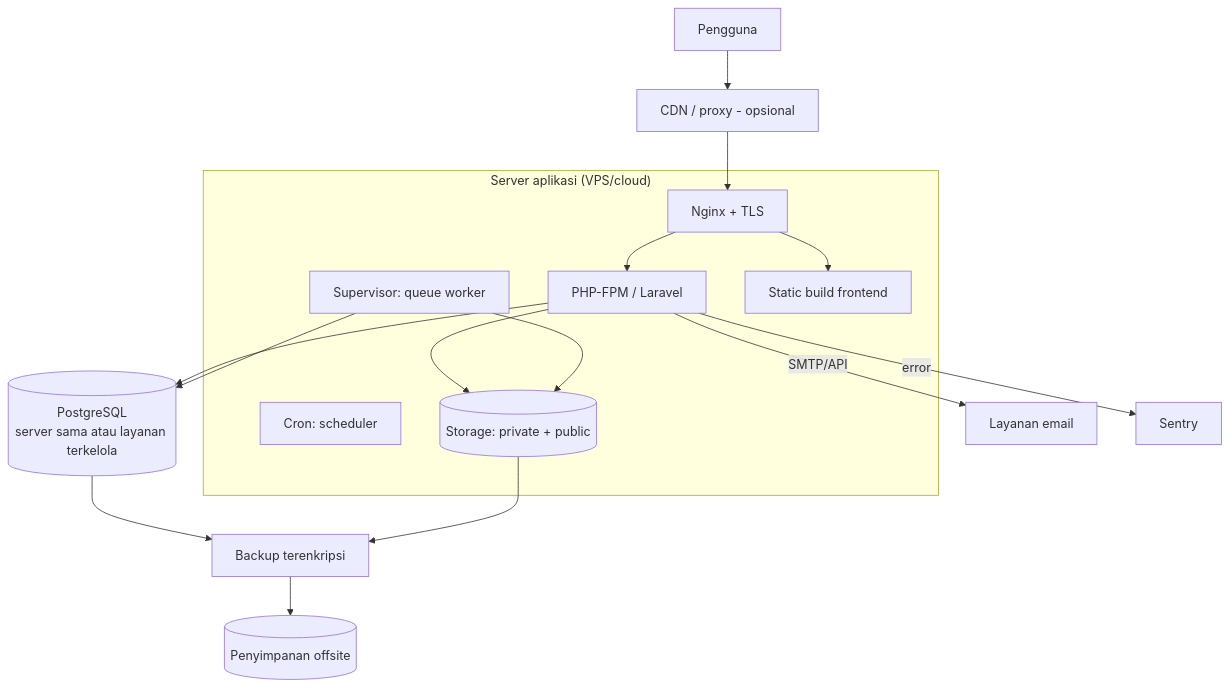
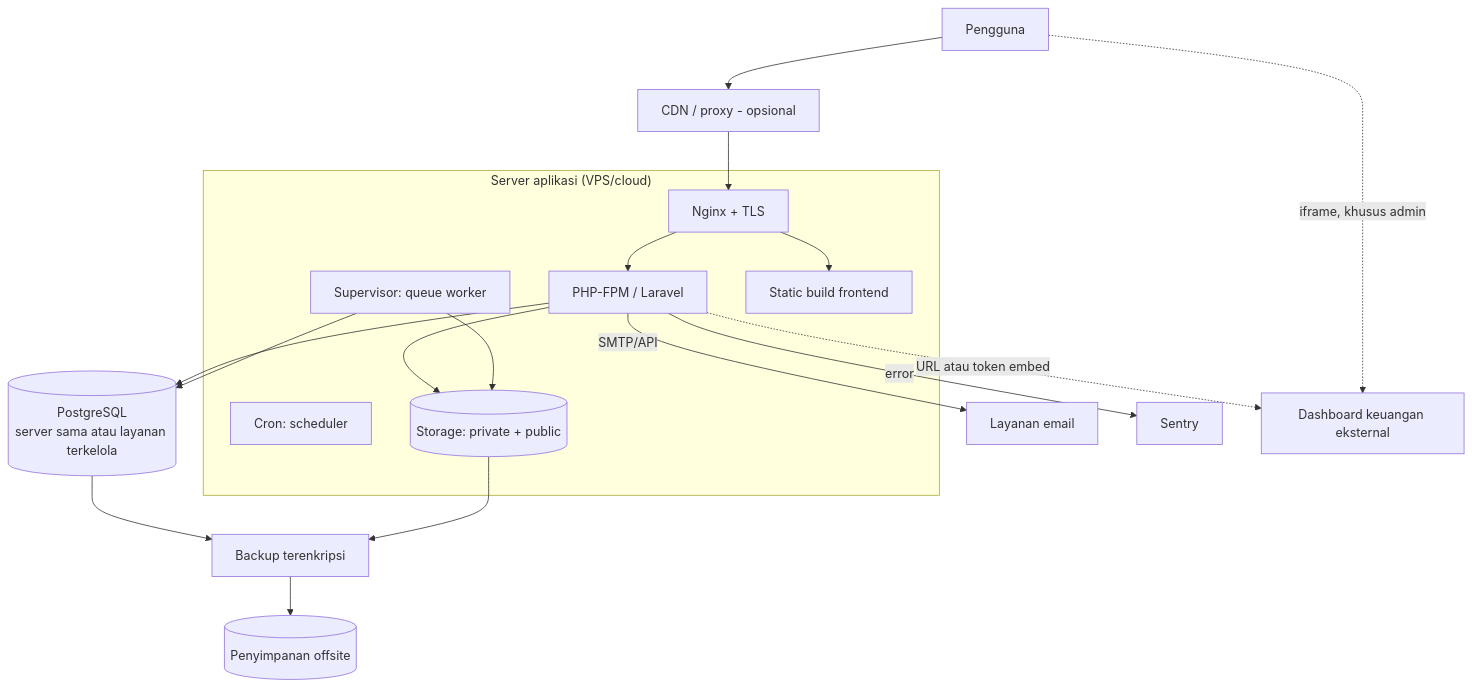
The ninth of 10 diagrams in docs/ARCHITECTURE.md (muhnazli6804-boop/companyprofile), drawn with Mermaid before and after one commit. The commit also changed other lines of this file and 4 other files, not shown here.

````diff
--- a/docs/ARCHITECTURE.md
+++ b/docs/ARCHITECTURE.md
@@ -503,24 +591,26 @@
 ```mermaid
 flowchart TB
     U[Pengguna] --> CDN[CDN / proxy - opsional]
     CDN --> NG
     subgraph VPS["Server aplikasi (VPS/cloud)"]
         NG[Nginx + TLS]
         FPM[PHP-FPM / Laravel]
         SUP[Supervisor: queue worker]
         CRON[Cron: scheduler]
         ST[(Storage: private + public)]
         NG --> FPM
         NG --> FE[Static build frontend]
         FPM --> ST
         SUP --> ST
     end
     DB[(PostgreSQL\nserver sama atau layanan terkelola)]
     FPM --> DB
     SUP --> DB
     FPM -->|SMTP/API| MAIL[Layanan email]
     FPM -->|error| SEN[Sentry]
+    U -.->|iframe, khusus admin| BI[Dashboard keuangan eksternal]
+    FPM -.->|URL atau token embed| BI
     BK[Backup terenkripsi] --> OFF[(Penyimpanan offsite)]
     DB --> BK
     ST --> BK
 ```
````
